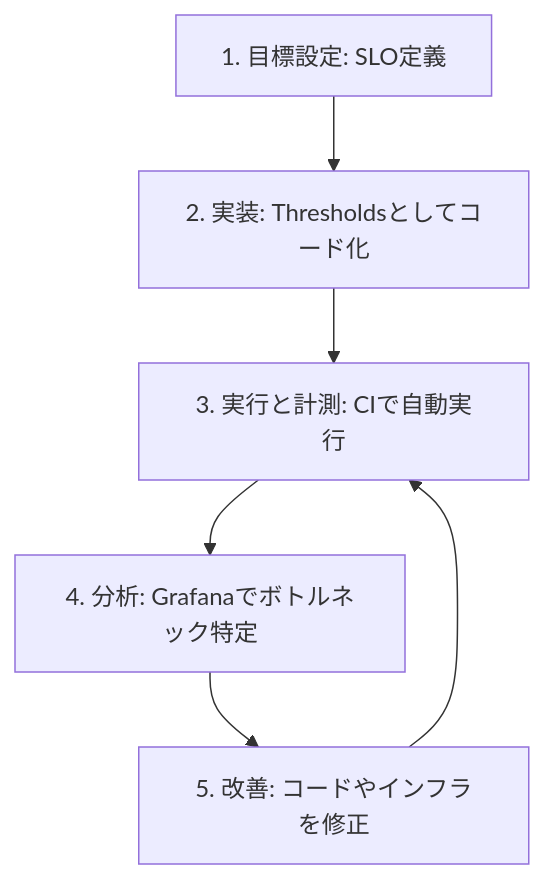
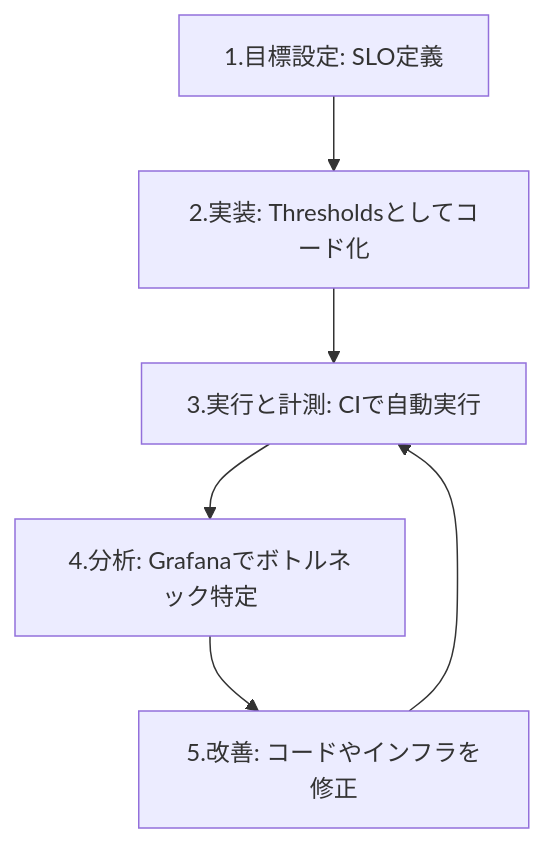
One commit to suwa-sh/zenn-contents changed the second of 2 diagrams in articles/perf_test_k6_20250716.md. Above: the diagram before and after it, drawn with Mermaid. The commit also changed other lines of this file, not shown here.

````diff
--- a/articles/perf_test_k6_20250716.md
+++ b/articles/perf_test_k6_20250716.md
@@ -305,8 +303,8 @@
 ```mermaid
 graph TD
-    A[1. 目標設定: SLO定義] --> B[2. 実装: Thresholdsとしてコード化];
-    B --> C[3. 実行と計測: CIで自動実行];
-    C --> D[4. 分析: Grafanaでボトルネック特定];
-    D --> E[5. 改善: コードやインフラを修正];
+    A[1.目標設定: SLO定義] --> B[2.実装: Thresholdsとしてコード化];
+    B --> C[3.実行と計測: CIで自動実行];
+    C --> D[4.分析: Grafanaでボトルネック特定];
+    D --> E[5.改善: コードやインフラを修正];
     E --> C;
 ```
````
